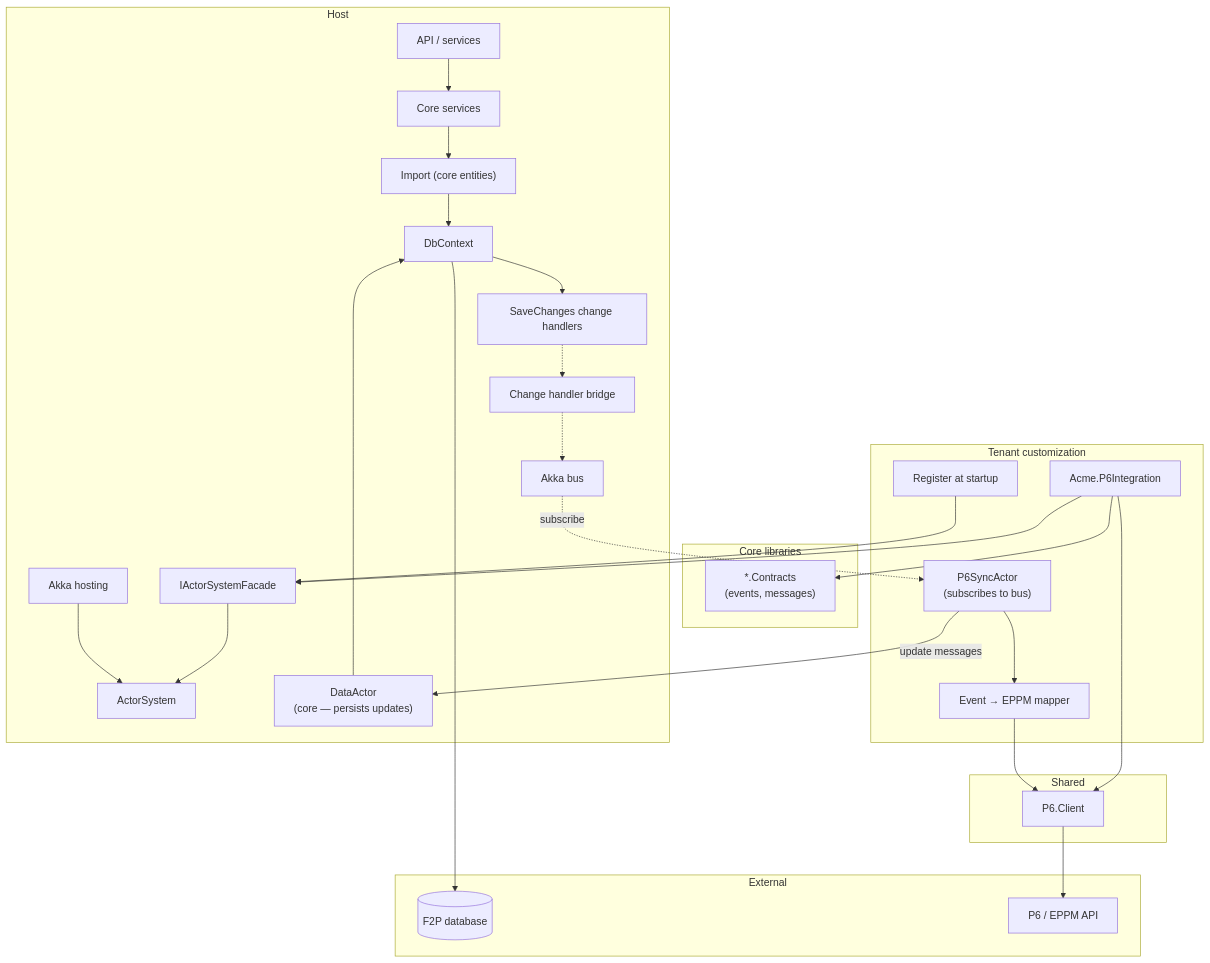
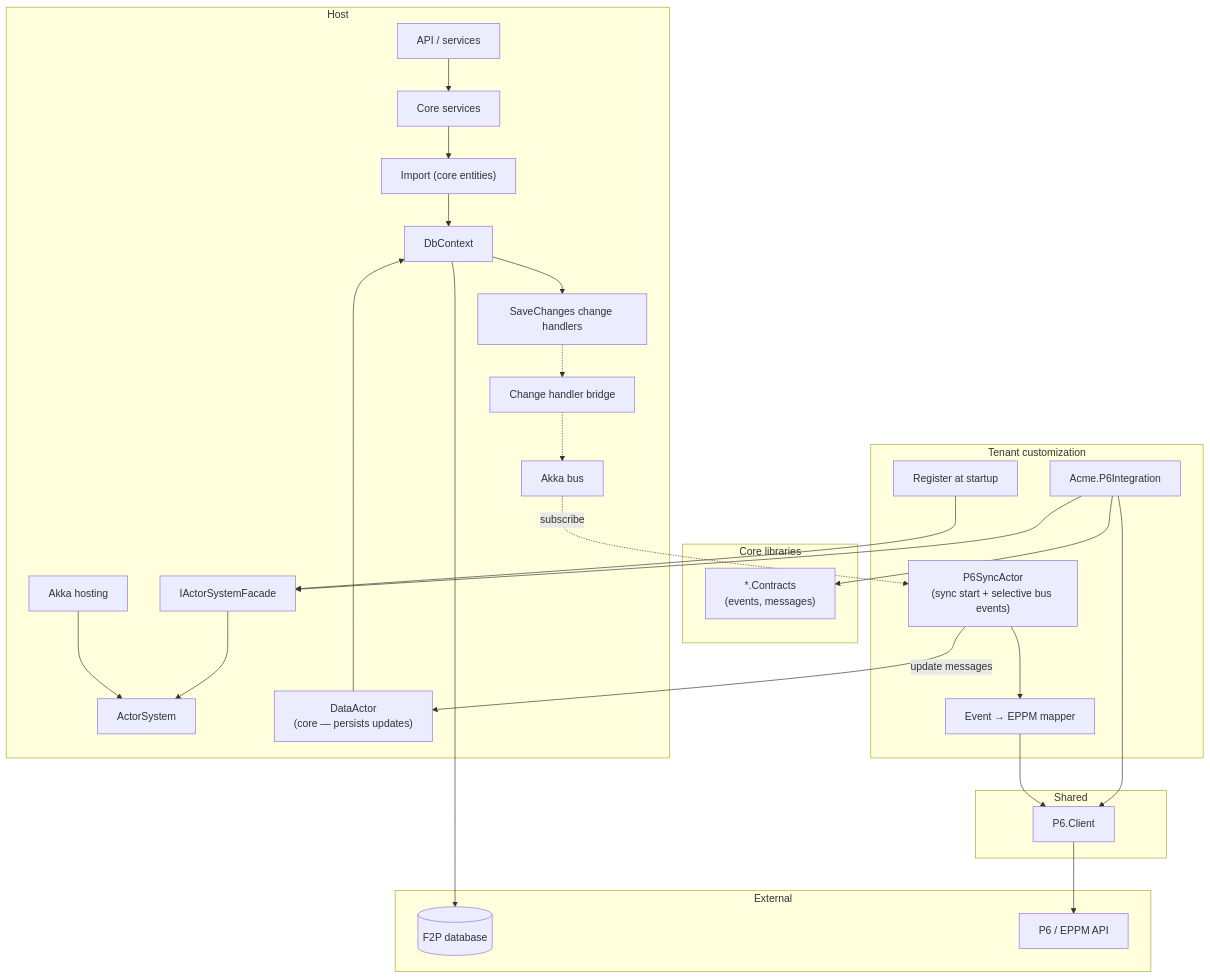
Before and after one commit to robbertF2P/Sandbox: the second of 4 diagrams in docs/floor2plan-akka-actor-integration-design.md, drawn with Mermaid. The commit also changed other lines of this file, not shown here.

````diff
--- a/docs/floor2plan-akka-actor-integration-design.md
+++ b/docs/floor2plan-akka-actor-integration-design.md
@@ -59,52 +59,52 @@
 ```mermaid
 flowchart TB
   subgraph host["Host"]
     API["API / services"]
     SVC["Core services"]
     EF["DbContext"]
     CH["SaveChanges change handlers"]
     IMP["Import (core entities)"]
     HOST["Akka hosting"]
     AS["ActorSystem"]
     FACADE["IActorSystemFacade"]
     BRIDGE["Change handler bridge"]
     BUS["Akka bus"]
     DATA_ACTOR["DataActor\n(core — persists updates)"]
   end
 
   subgraph core_lib["Core libraries"]
     CONTRACTS["*.Contracts\n(events, messages)"]
   end
 
   subgraph tenant["Tenant customization"]
     P6_PROJ["Acme.P6Integration"]
     MAP["Event → EPPM mapper"]
-    P6_ACTOR["P6SyncActor\n(subscribes to bus)"]
+    P6_ACTOR["P6SyncActor\n(sync start + selective bus events)"]
     REG["Register at startup"]
   end
 
   subgraph shared["Shared"]
     P6_CLIENT["P6.Client"]
   end
 
   subgraph external["External"]
     DB[("F2P database")]
     P6API["P6 / EPPM API"]
   end
 
   API --> SVC
   SVC --> IMP --> EF --> DB
   EF --> CH
   CH -.-> BRIDGE
   BRIDGE -.-> BUS
   HOST --> AS
   FACADE --> AS
   DATA_ACTOR --> EF
   REG --> FACADE
   BUS -.->|subscribe| P6_ACTOR
   P6_ACTOR --> MAP --> P6_CLIENT --> P6API
   P6_ACTOR -->|update messages| DATA_ACTOR
   P6_PROJ --> CONTRACTS
   P6_PROJ --> FACADE
   P6_PROJ --> P6_CLIENT
 ```
````
